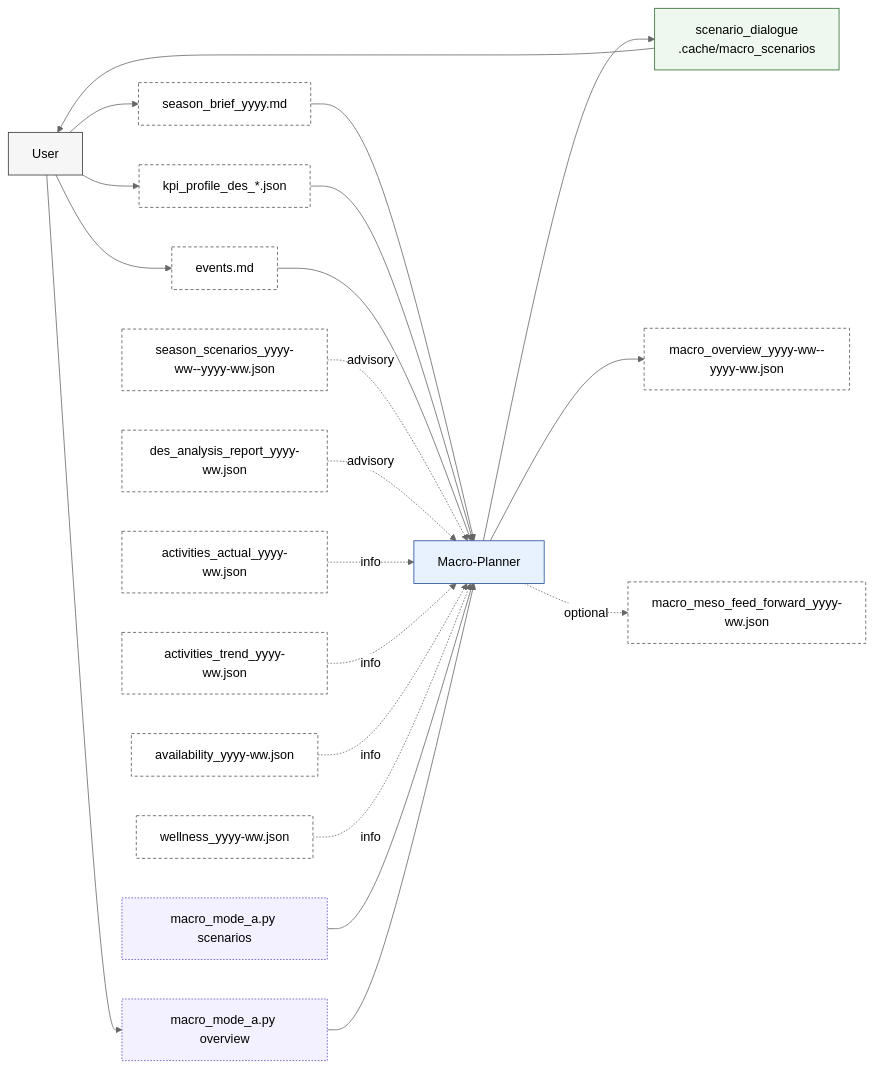
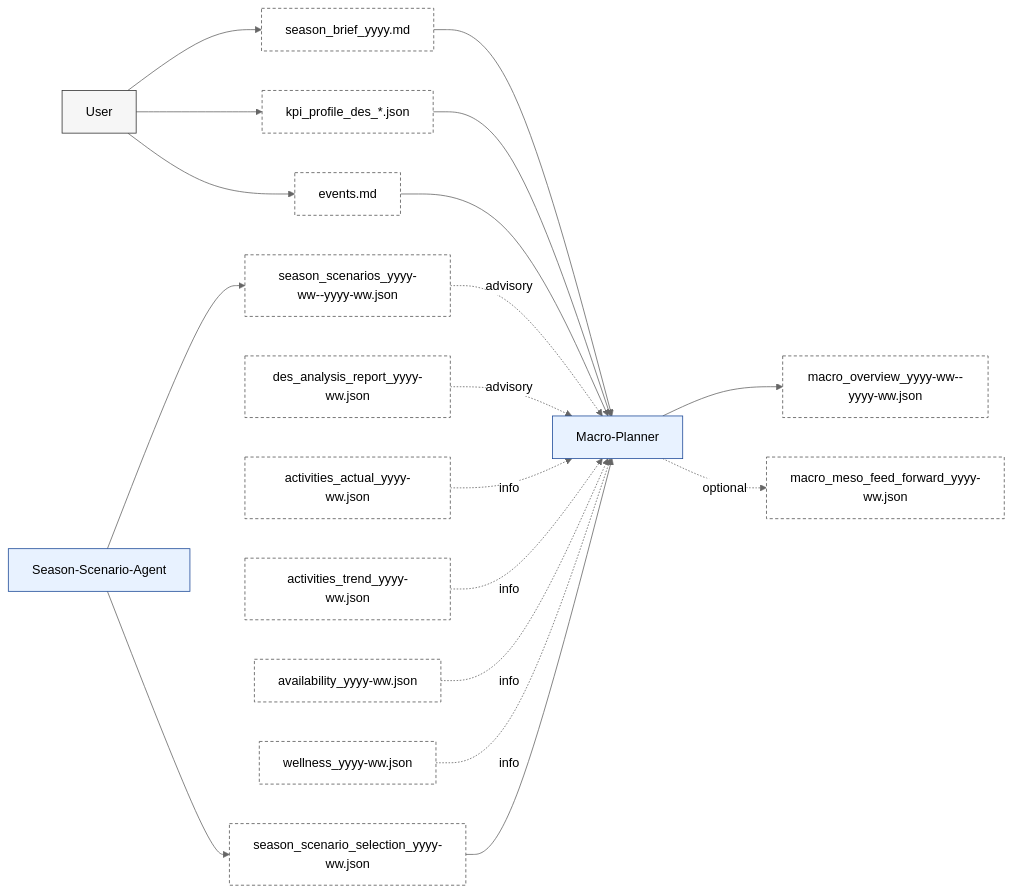
One commit to albauer-priv/RPS changed the third of 8 diagrams in doc/artefact_flow_overview_and_detail.md. Above: the diagram before and after it, drawn with Mermaid (neutral theme). The commit also changed other lines of this file and 8 other files, not shown here.

````diff
--- a/doc/artefact_flow_overview_and_detail.md
+++ b/doc/artefact_flow_overview_and_detail.md
@@ -167,25 +168,23 @@
 ```mermaid
 flowchart LR
   U[User]:::actor --> SB[season_brief_yyyy.md]:::artefact --> MA[Macro-Planner]:::agent
   U --> KP[kpi_profile_des_*.json]:::artefact --> MA
   U --> EV[events.md]:::artefact --> MA
   SC[season_scenarios_yyyy-ww--yyyy-ww.json]:::artefact -. advisory .-> MA
   DR[des_analysis_report_yyyy-ww.json]:::artefact -. advisory .-> MA
   AA[activities_actual_yyyy-ww.json]:::artefact -. info .-> MA
   AT[activities_trend_yyyy-ww.json]:::artefact -. info .-> MA
   AV[availability_yyyy-ww.json]:::artefact -. info .-> MA
   WL[wellness_yyyy-ww.json]:::artefact -. info .-> MA
 
-  S1[macro_mode_a.py scenarios]:::script --> MA
-  MA --> SCN[scenario_dialogue<br/>.cache/macro_scenarios]:::component --> U
-  U --> S2[macro_mode_a.py overview]:::script --> MA
+  SS[Season-Scenario-Agent]:::agent --> SC
+  SS --> SEL[season_scenario_selection_yyyy-ww.json]:::artefact --> MA
 
   MA --> MO[macro_overview_yyyy-ww--yyyy-ww.json]:::artefact
   MA -. optional .-> MMFF[macro_meso_feed_forward_yyyy-ww.json]:::artefact
 
   classDef actor fill:#f6f6f6,stroke:#333,stroke-width:1px;
   classDef agent fill:#e8f2ff,stroke:#1f4b99,stroke-width:1px;
   classDef artefact fill:#ffffff,stroke:#555,stroke-dasharray: 4 3,stroke-width:1px;
-  classDef script fill:#f3f0ff,stroke:#5b4db8,stroke-width:1px,stroke-dasharray: 2 2;
   classDef component fill:#eef8ee,stroke:#2f6b2f,stroke-width:1px;
 ```
````
